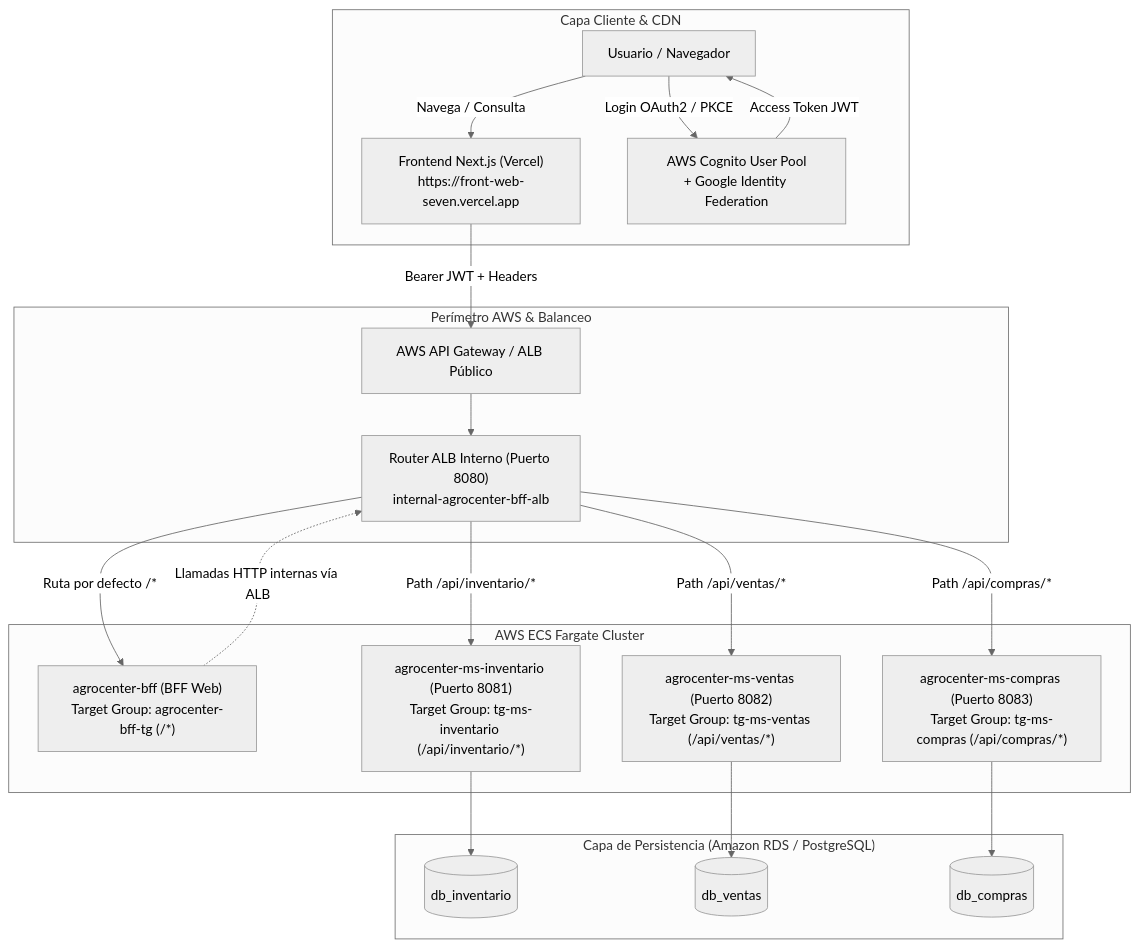
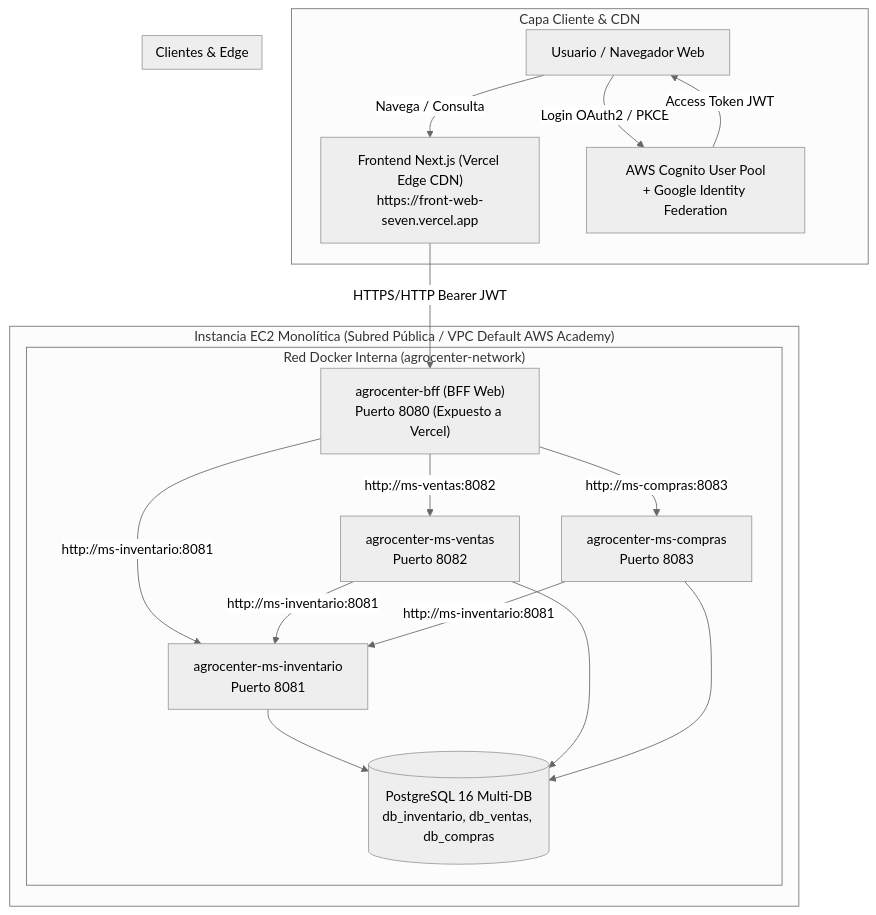
One commit to agrocenter-digital/bff-web changed the first of 2 diagrams in README.md. Above: the diagram before and after it, drawn with Mermaid (neutral theme). The commit also changed other lines of this file and 2 other files, not shown here.

Commit message:
fix: update service base URLs to use Docker DNS for inventory, sales, and purchases

````diff
--- a/README.md
+++ b/README.md
@@ -11,47 +11,42 @@
 ```mermaid
 flowchart TD
     subgraph Clientes["Capa Cliente & CDN"]
         User["Usuario / Navegador"]
         Vercel["Frontend Next.js (Vercel)\nhttps://front-web-seven.vercel.app"]
         Cognito["AWS Cognito User Pool\n+ Google Identity Federation"]
     end
 
-    subgraph Perimetro["Perímetro AWS & Balanceo"]
-        APIGW["AWS API Gateway / ALB Público"]
-        InternalALB["Router ALB Interno (Puerto 8080)\ninternal-agrocenter-bff-alb"]
+    subgraph Internet["Clientes & Edge"]
+        User["Usuario / Navegador Web"]
+        Vercel["Frontend Next.js (Vercel Edge CDN)\nhttps://front-web-seven.vercel.app"]
+        Cognito["AWS Cognito User Pool\n+ Google Identity Federation"]
     end
 
-    subgraph ClusterECS["AWS ECS Fargate Cluster"]
-        BFF["agrocenter-bff (BFF Web)\nTarget Group: agrocenter-bff-tg (/*)"]
-        MS_INV["agrocenter-ms-inventario (Puerto 8081)\nTarget Group: tg-ms-inventario (/api/inventario/*)"]
-        MS_VEN["agrocenter-ms-ventas (Puerto 8082)\nTarget Group: tg-ms-ventas (/api/ventas/*)"]
-        MS_COM["agrocenter-ms-compras (Puerto 8083)\nTarget Group: tg-ms-compras (/api/compras/*)"]
-    end
-
-    subgraph BasesDatos["Capa de Persistencia (Amazon RDS / PostgreSQL)"]
-        DB_INV[("db_inventario")]
-        DB_VEN[("db_ventas")]
-        DB_COM[("db_compras")]
+    subgraph EC2Host["Instancia EC2 Monolítica (Subred Pública / VPC Default AWS Academy)"]
+        subgraph DockerBridge["Red Docker Interna (agrocenter-network)"]
+            BFF["agrocenter-bff (BFF Web)\nPuerto 8080 (Expuesto a Vercel)"]
+            MS_INV["agrocenter-ms-inventario\nPuerto 8081"]
+            MS_VEN["agrocenter-ms-ventas\nPuerto 8082"]
+            MS_COM["agrocenter-ms-compras\nPuerto 8083"]
+            DB_PG[("PostgreSQL 16 Multi-DB\ndb_inventario, db_ventas, db_compras")]
+        end
     end
 
     %% Relaciones
     User -->|Navega / Consulta| Vercel
     User -->|Login OAuth2 / PKCE| Cognito
     Cognito -->|Access Token JWT| User
-    Vercel -->|Bearer JWT + Headers| APIGW
-    APIGW --> InternalALB
+    Vercel -->|HTTPS/HTTP Bearer JWT| BFF
 
-    %% Enrutamiento del ALB
-    InternalALB -->|Ruta por defecto /*| BFF
-    InternalALB -->|Path /api/inventario/*| MS_INV
-    InternalALB -->|Path /api/ventas/*| MS_VEN
-    InternalALB -->|Path /api/compras/*| MS_COM
+    %% Comunicación interna en Docker
+    BFF -->|http://ms-inventario:8081| MS_INV
+    BFF -->|http://ms-ventas:8082| MS_VEN
+    BFF -->|http://ms-compras:8083| MS_COM
+    MS_VEN -->|http://ms-inventario:8081| MS_INV
+    MS_COM -->|http://ms-inventario:8081| MS_INV
 
-    %% Comunicación BFF hacia microservicios
-    BFF -.->|Llamadas HTTP internas vía ALB| InternalALB
-
-    %% Persistencia Database-per-Service
-    MS_INV --> DB_INV
-    MS_VEN --> DB_VEN
-    MS_COM --> DB_COM
+    %% Persistencia
+    MS_INV --> DB_PG
+    MS_VEN --> DB_PG
+    MS_COM --> DB_PG
 ```
````
